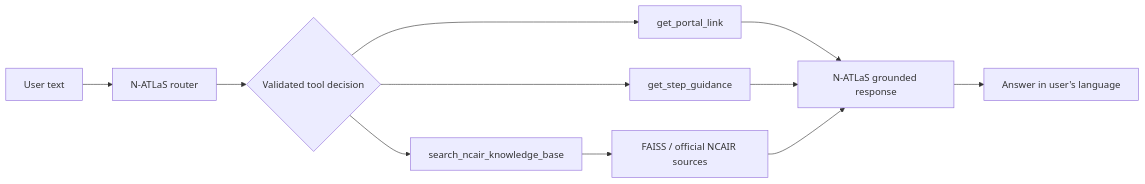
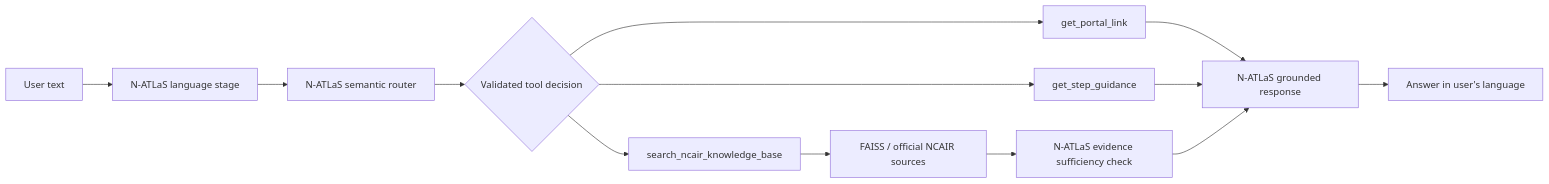
Before and after one commit to Davemafy/ncair-lms-chatbot2.0: the diagram in README.md, drawn with Mermaid. The commit also changed other lines of this file, not shown here.

Commit message:
Document staged V2 architecture and regression evaluation

````diff
--- a/README.md
+++ b/README.md
@@ -11,13 +11,15 @@
 ```mermaid
 flowchart LR
-    A[User text] --> B[N-ATLaS router]
-    B --> C{Validated tool decision}
-    C --> D[get_portal_link]
-    C --> E[get_step_guidance]
-    C --> F[search_ncair_knowledge_base]
-    F --> G[FAISS / official NCAIR sources]
-    D --> H[N-ATLaS grounded response]
-    E --> H
-    G --> H
-    H --> I[Answer in user's language]
+    A[User text] --> B[N-ATLaS language stage]
+    B --> C[N-ATLaS semantic router]
+    C --> D{Validated tool decision}
+    D --> E[get_portal_link]
+    D --> F[get_step_guidance]
+    D --> G[search_ncair_knowledge_base]
+    G --> H[FAISS / official NCAIR sources]
+    H --> I[N-ATLaS evidence sufficiency check]
+    E --> J[N-ATLaS grounded response]
+    F --> J
+    I --> J
+    J --> K[Answer in user's language]
 ```
````
